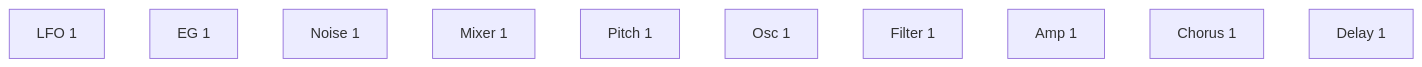
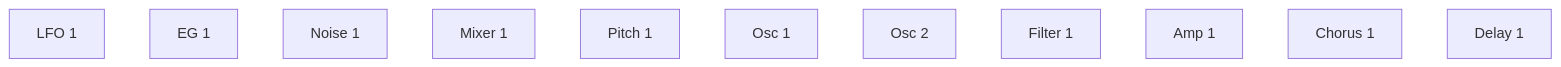
One commit to risgk/midi_synthesizer_spms1 changed the second of 6 diagrams in spms1_type2/README.ja.md. Above: the diagram before and after it, drawn with Mermaid. The commit also changed other lines of this file and 8 other files, not shown here.

First line of the commit message:
type-2: Add Osc 2 on Filter 1 Audio 2 In, with Audio 1 Gain (CC 116) and Audio 2 Gain (CC 21)

````diff
--- a/spms1_type2/README.ja.md
+++ b/spms1_type2/README.ja.md
@@ -215,4 +224,4 @@
 ```mermaid
 flowchart LR
-  LFO[LFO 1] ~~~ EG[EG 1] ~~~ NOISE[Noise 1] ~~~ MIX1[Mixer 1] ~~~ PITCH[Pitch 1] ~~~ OSC[Osc 1] ~~~ FILTER[Filter 1] ~~~ AMP[Amp 1] ~~~ CHORUS[Chorus 1] ~~~ DELAY[Delay 1]
+  LFO[LFO 1] ~~~ EG[EG 1] ~~~ NOISE[Noise 1] ~~~ MIX1[Mixer 1] ~~~ PITCH[Pitch 1] ~~~ OSC[Osc 1] ~~~ OSC2[Osc 2] ~~~ FILTER[Filter 1] ~~~ AMP[Amp 1] ~~~ CHORUS[Chorus 1] ~~~ DELAY[Delay 1]
 ```
````
